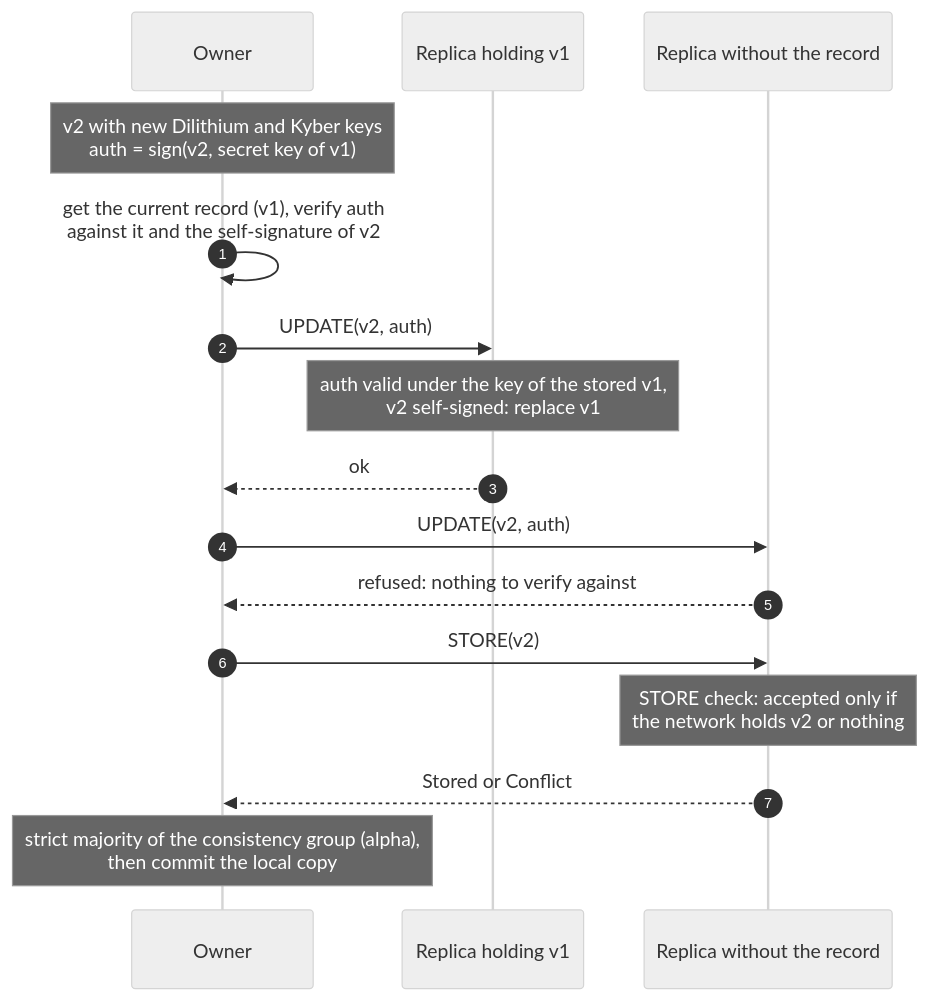
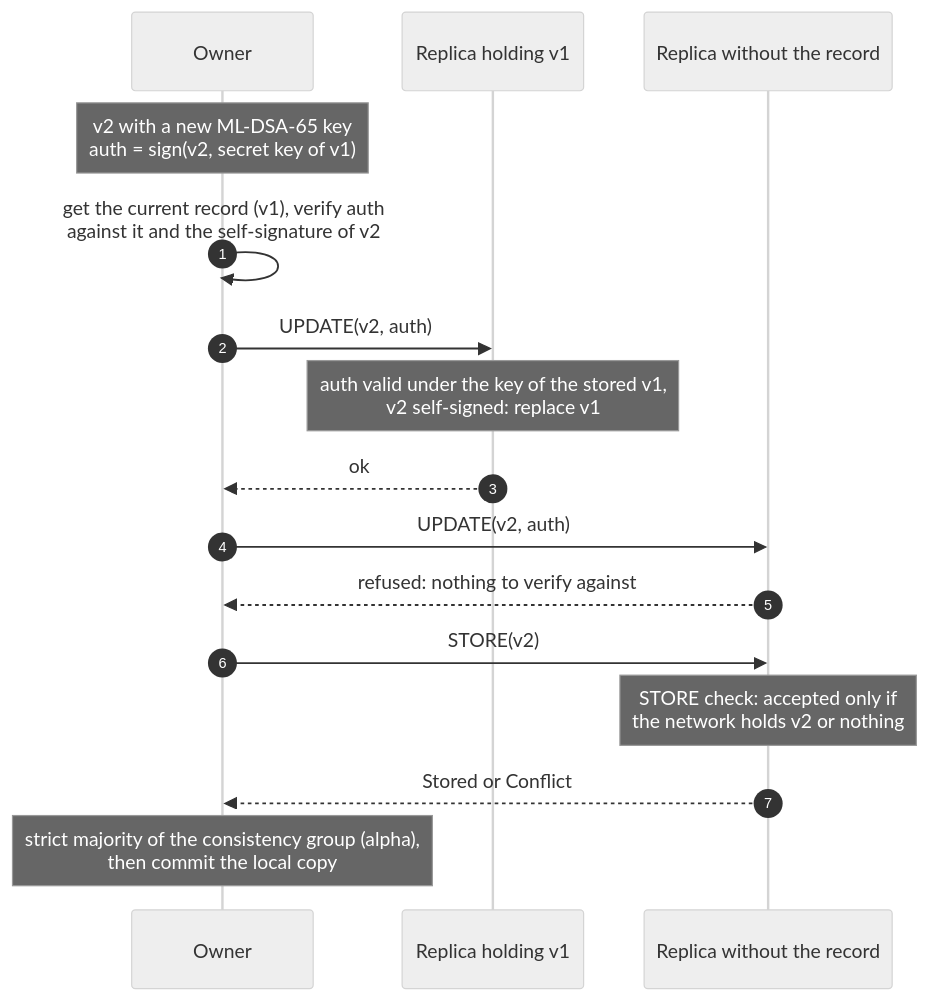
Before and after one commit to fratrung/auth-kademlia-rs: the diagram in docs/design/update.mmd, drawn with Mermaid (neutral theme). The commit also changed 38 other files, not shown here.

First line of the commit message:
feat(crypto)!: sign records with ML-DSA-65 from aws-lc-rs

```diff
--- a/docs/design/update.mmd
+++ b/docs/design/update.mmd
@@ -1,16 +1,16 @@
 sequenceDiagram
     autonumber
     participant O as Owner
     participant R1 as Replica holding v1
     participant R2 as Replica without the record
-    Note over O: v2 with new Dilithium and Kyber keys<br/>auth = sign(v2, secret key of v1)
+    Note over O: v2 with a new ML-DSA-65 key<br/>auth = sign(v2, secret key of v1)
     O->>O: get the current record (v1), verify auth<br/>against it and the self-signature of v2
     O->>R1: UPDATE(v2, auth)
     Note over R1: auth valid under the key of the stored v1,<br/>v2 self-signed: replace v1
     R1-->>O: ok
     O->>R2: UPDATE(v2, auth)
     R2-->>O: refused: nothing to verify against
     O->>R2: STORE(v2)
     Note over R2: STORE check: accepted only if<br/>the network holds v2 or nothing
     R2-->>O: Stored or Conflict
     Note over O: strict majority of the consistency group (alpha),<br/>then commit the local copy
```
